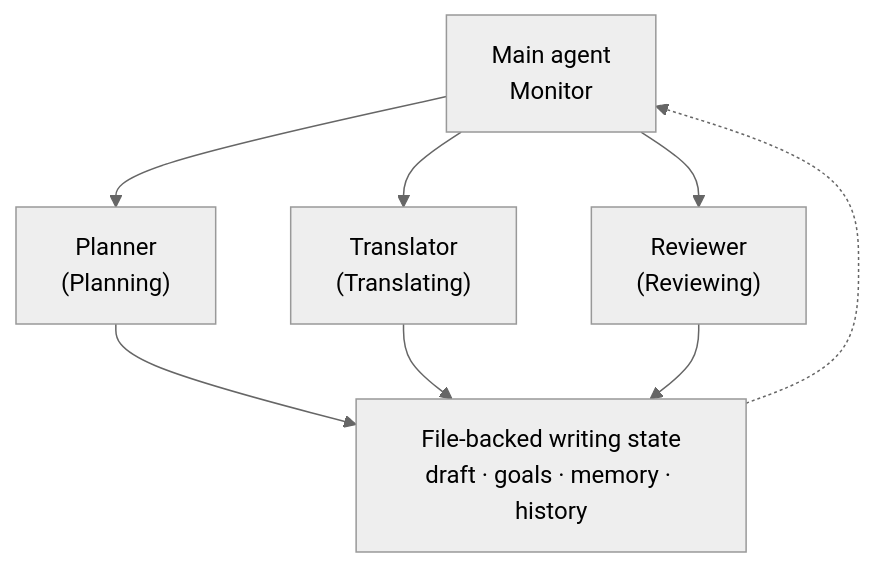
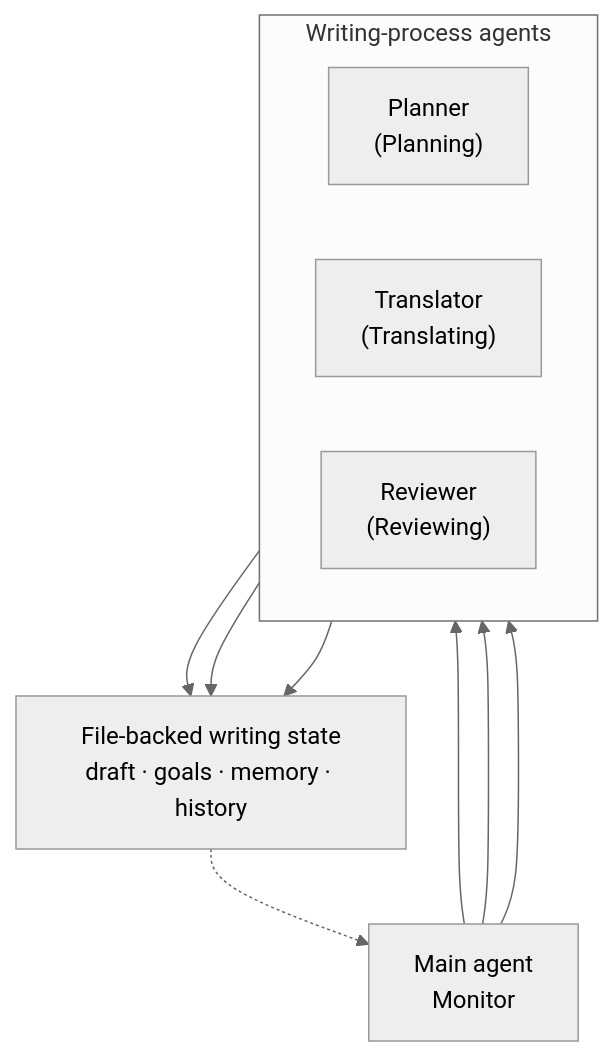
One commit to shunk031/agentic-cognitive-writing changed the diagram in docs/index.md. Above: the diagram before and after it, drawn with Mermaid (neutral theme).

Commit message:
Group writing agents in homepage diagram

````diff
--- a/docs/index.md
+++ b/docs/index.md
@@ -28,18 +28,23 @@
 ```mermaid
 flowchart TB
     monitor["Main agent<br/>Monitor"]
-    planner["Planner<br/>(Planning)"]
-    translator["Translator<br/>(Translating)"]
-    reviewer["Reviewer<br/>(Reviewing)"]
+
+    subgraph agents["Writing-process agents"]
+        direction LR
+        planner["Planner<br/>(Planning)"]
+        translator["Translator<br/>(Translating)"]
+        reviewer["Reviewer<br/>(Reviewing)"]
+    end
+
     state["File-backed writing state<br/>draft · goals · memory · history"]
 
     monitor --> planner
     monitor --> translator
     monitor --> reviewer
 
     planner --> state
     translator --> state
     reviewer --> state
 
     state -.-> monitor
 ```
````
